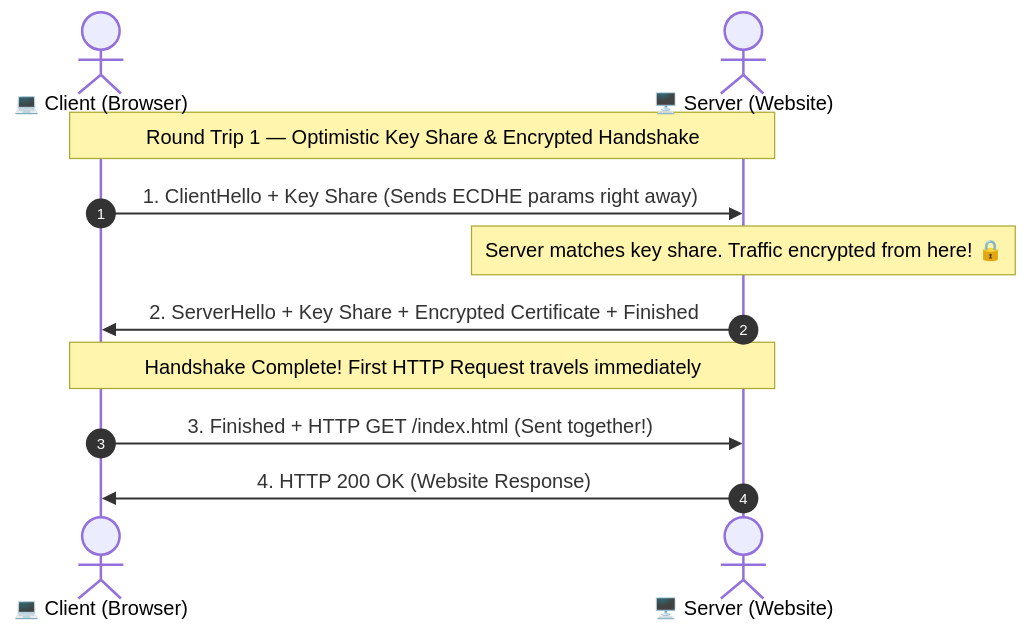
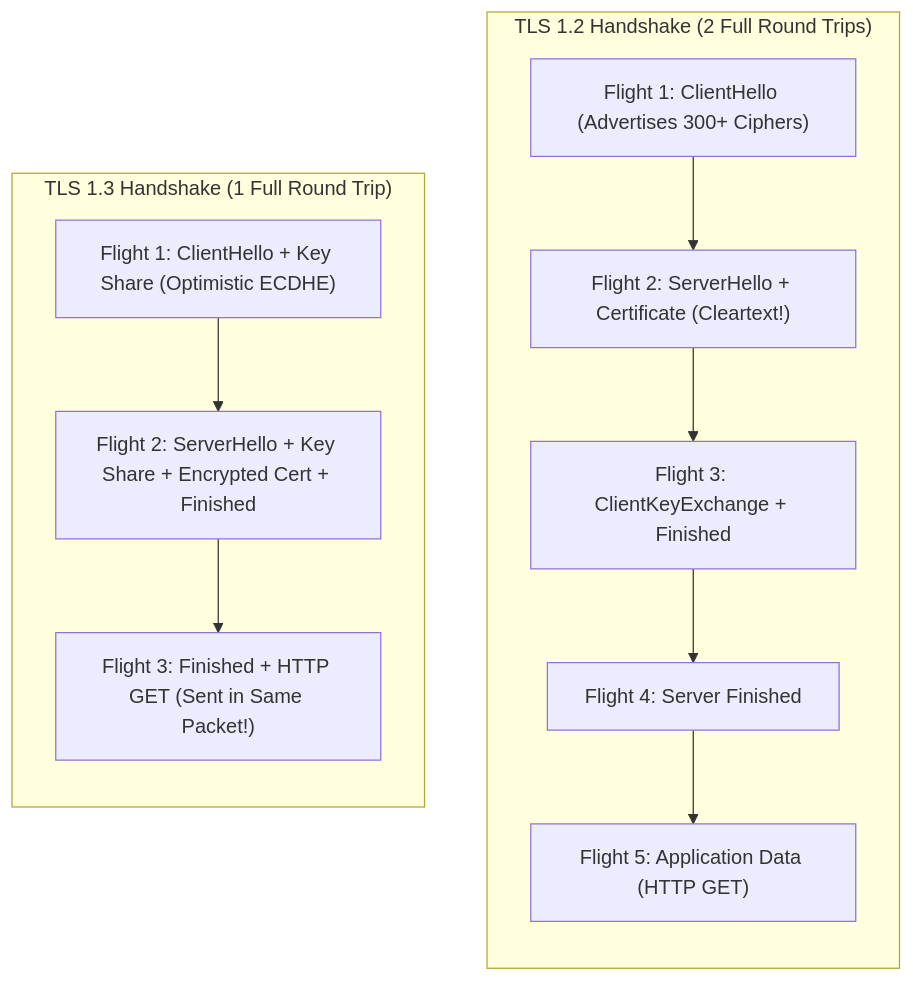
One commit to naimurhasan/naimurhasan.github.io changed the diagram in _posts/2026-11-24-tls-1-2-vs-tls-1-3.md. Above: the diagram before and after it, drawn with Mermaid. The commit also changed other lines of this file and 25 other files, not shown here.

````diff
--- a/_posts/2026-11-24-tls-1-2-vs-tls-1-3.md
+++ b/_posts/2026-11-24-tls-1-2-vs-tls-1-3.md
@@ -218,15 +169,15 @@
 ```mermaid
-sequenceDiagram
-    autonumber
-    actor Browser as 💻 Client (Browser)
-    actor Server as 🖥️ Server (Website)
+flowchart TD
+  subgraph TLS12 ["TLS 1.2 Handshake (2 Full Round Trips)"]
+    direction TB
+    A1["Flight 1: ClientHello (Advertises 300+ Ciphers)"] --> B1["Flight 2: ServerHello + Certificate (Cleartext!)"]
+    B1 --> A2["Flight 3: ClientKeyExchange + Finished"] --> B2["Flight 4: Server Finished"]
+    B2 --> Data1["Flight 5: Application Data (HTTP GET)"]
+  end
 
-    Note over Browser,Server: Round Trip 1 — Optimistic Key Share & Encrypted Handshake
-    Browser->>Server: 1. ClientHello + Key Share (Sends ECDHE params right away)
-    Note over Server: Server matches key share. Traffic encrypted from here! 🔒
-    Server->>Browser: 2. ServerHello + Key Share + Encrypted Certificate + Finished
-
-    Note over Browser,Server: Handshake Complete! First HTTP Request travels immediately
-    Browser->>Server: 3. Finished + HTTP GET /index.html (Sent together!)
-    Server->>Browser: 4. HTTP 200 OK (Website Response)
+  subgraph TLS13 ["TLS 1.3 Handshake (1 Full Round Trip)"]
+    direction TB
+    C1["Flight 1: ClientHello + Key Share (Optimistic ECDHE)"] --> D1["Flight 2: ServerHello + Key Share + Encrypted Cert + Finished"]
+    D1 --> Data2["Flight 3: Finished + HTTP GET (Sent in Same Packet!)"]
+  end
 ```
````
